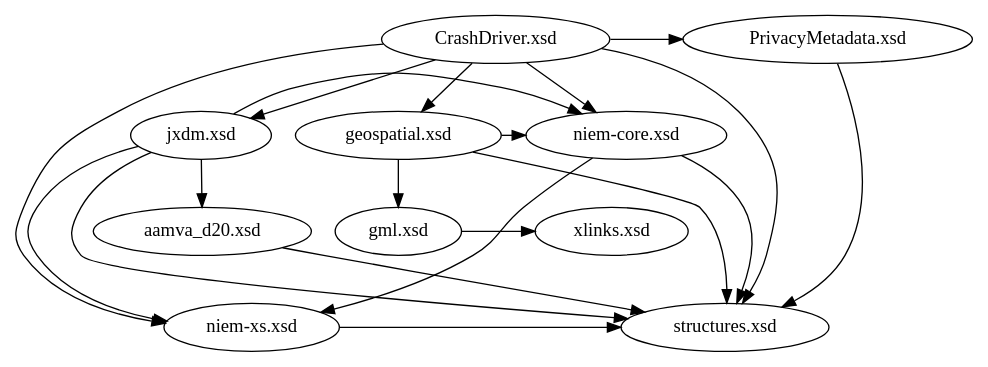
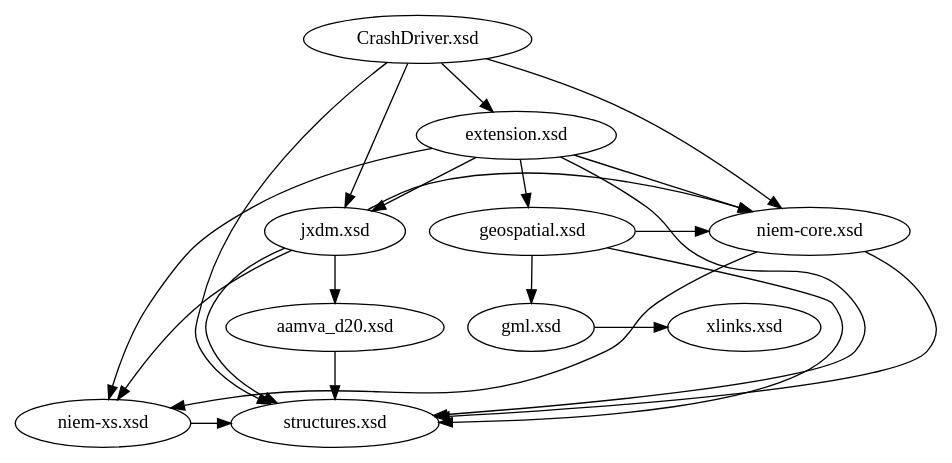
One commit to NIEM/NIEM-Training changed the diagram in Graphics/schema_imports_ranked_7.dot. Above: the diagram before and after it, drawn with Graphviz. The commit also changed 200 other files, not shown here.

```diff
--- a/Graphics/schema_imports_ranked_7.dot
+++ b/Graphics/schema_imports_ranked_7.dot
@@ -1,72 +1,75 @@
 digraph schemas {
 
 	// layouts
     // layout="circo";
     layout="dot";
     
     // layout="fdp";
     // layout="neato";
     // layout="osage";
     // layout="patchwork";
     // layout="sfdp";
     // layout="twopi";
 
 	// extension
 
 	CrashDriver [label="CrashDriver.xsd"];
-		CrashDriver -> PrivacyMetadata;
 		CrashDriver -> niem_core;
 		CrashDriver -> jxdm;
-		CrashDriver -> geospatial;
-		CrashDriver -> niem_xs;
+		CrashDriver -> extension;
 		CrashDriver -> structures;
 
-	PrivacyMetadata [label="PrivacyMetadata.xsd"];
-		PrivacyMetadata -> structures;
+	extension [label="extension.xsd"];
+		extension -> niem_core;
+		extension -> jxdm;
+		extension -> geospatial;
+		extension -> niem_xs;
+		extension -> structures;
 
 	// external
 	gml [label="gml.xsd"];
 		gml -> xlinks;
 	xlinks [label="xlinks.xsd"];
 
 
 	structures [label="structures.xsd"];
 
 
 	// core
 
 	niem_core [label="niem-core.xsd"];
 		niem_core -> niem_xs;
 		niem_core -> structures;
 
 	// domains
 	jxdm [label="jxdm.xsd"];
 		jxdm -> aamva_d20;
 		jxdm -> niem_core;
 		jxdm -> niem_xs;
 		jxdm -> structures;
 
 	// codes
 
 	aamva_d20 [label="aamva_d20.xsd"];
 		aamva_d20 -> structures;
 
 	// adapters
 
 	geospatial [label="geospatial.xsd"];
 		geospatial -> niem_core;
 		geospatial -> structures;
 		geospatial -> gml;
 
 	niem_xs [label="niem-xs.xsd"];
 		niem_xs -> structures;
 
 	// ========================
 
-{ rank="source" CrashDriver, PrivacyMetadata }
+{ rank="source" CrashDriver }
+{ rank="same" extension }
 { rank="same" niem_core, geospatial, jxdm }
 { rank="same" aamva_d20 }
 { rank="same" gml, xlinks }
 { rank="same" structures, niem_xs }
 
 }
```
